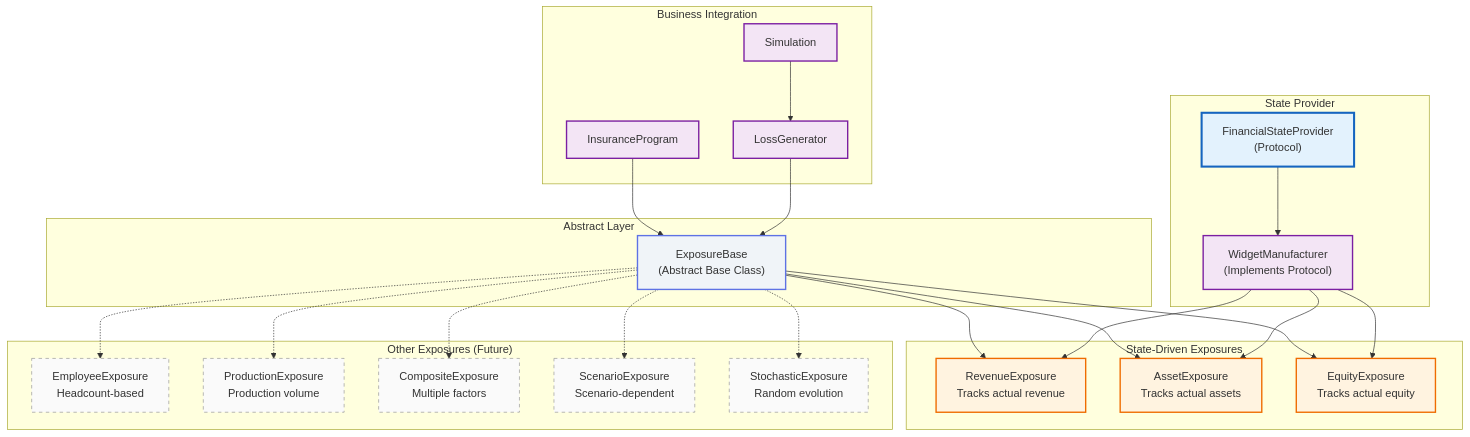
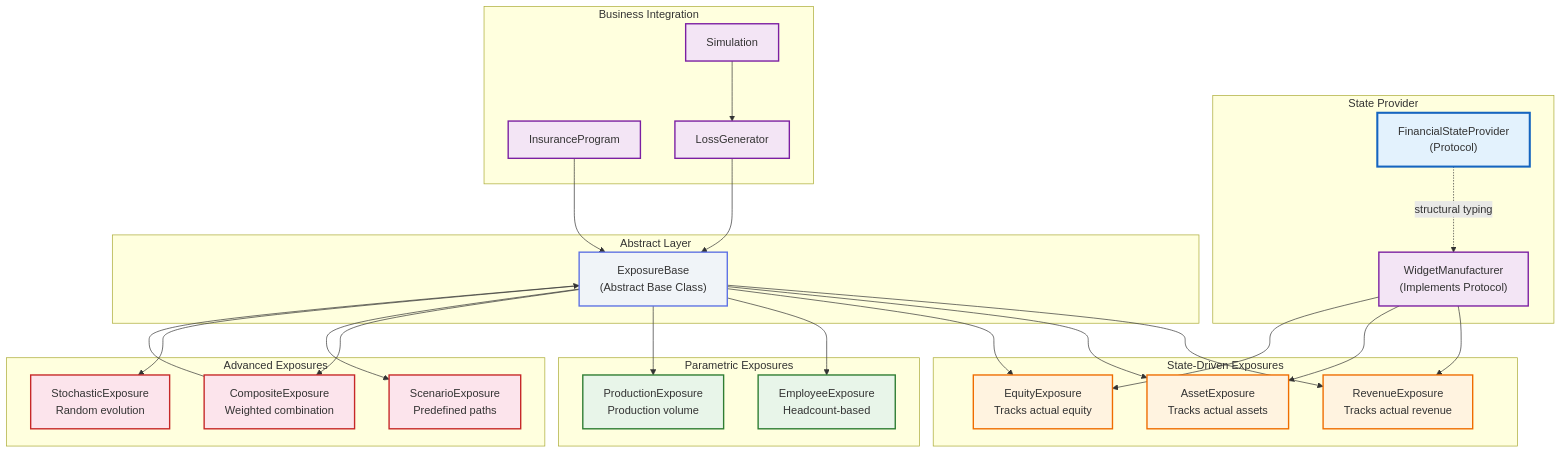
Before and after one commit to AlexFiliakov/Ergodic-Insurance-Limits: the first of 3 diagrams in ergodic_insurance/docs/architecture/exposure_system.md, drawn with Mermaid. The commit also changed other lines of this file and 14 other files, not shown here.

First line of the commit message:
docs: Update and expand Mermaid architecture diagrams (#185) (#341)

````diff
--- a/ergodic_insurance/docs/architecture/exposure_system.md
+++ b/ergodic_insurance/docs/architecture/exposure_system.md
@@ -7,68 +7,76 @@
 ```{mermaid}
 graph TB
     %% State Provider
     subgraph Provider["State Provider"]
         STATE_PROVIDER["FinancialStateProvider<br/>(Protocol)"]
         MANUFACTURER["WidgetManufacturer<br/>(Implements Protocol)"]
     end
 
     %% Abstract Base
     subgraph Abstract["Abstract Layer"]
         EXPOSURE_BASE["ExposureBase<br/>(Abstract Base Class)"]
     end
 
     %% State-Driven Implementations
-    subgraph StateDrivern["State-Driven Exposures"]
+    subgraph StateDriven["State-Driven Exposures"]
         REVENUE["RevenueExposure<br/>Tracks actual revenue"]
         ASSET["AssetExposure<br/>Tracks actual assets"]
         EQUITY["EquityExposure<br/>Tracks actual equity"]
     end
 
-    %% Other Implementations (Future Work)
-    subgraph Other["Other Exposures (Future)"]
+    %% Parametric Implementations
+    subgraph Parametric["Parametric Exposures"]
         EMPLOYEE["EmployeeExposure<br/>Headcount-based"]
         PRODUCTION["ProductionExposure<br/>Production volume"]
-        COMPOSITE["CompositeExposure<br/>Multiple factors"]
-        SCENARIO["ScenarioExposure<br/>Scenario-dependent"]
+    end
+
+    %% Composite and Advanced Implementations
+    subgraph Advanced["Advanced Exposures"]
+        COMPOSITE["CompositeExposure<br/>Weighted combination"]
+        SCENARIO["ScenarioExposure<br/>Predefined paths"]
         STOCHASTIC["StochasticExposure<br/>Random evolution"]
     end
 
     %% Business Integration
     subgraph Business["Business Integration"]
         SIMULATION["Simulation"]
         INSURANCE["InsuranceProgram"]
         LOSS_GEN["LossGenerator"]
     end
 
     %% Relationships
-    STATE_PROVIDER --> MANUFACTURER
+    STATE_PROVIDER -.->|structural typing| MANUFACTURER
     MANUFACTURER --> REVENUE
     MANUFACTURER --> ASSET
     MANUFACTURER --> EQUITY
 
     EXPOSURE_BASE --> REVENUE
     EXPOSURE_BASE --> ASSET
     EXPOSURE_BASE --> EQUITY
-    EXPOSURE_BASE -.-> EMPLOYEE
-    EXPOSURE_BASE -.-> PRODUCTION
-    EXPOSURE_BASE -.-> COMPOSITE
-    EXPOSURE_BASE -.-> SCENARIO
-    EXPOSURE_BASE -.-> STOCHASTIC
+    EXPOSURE_BASE --> EMPLOYEE
+    EXPOSURE_BASE --> PRODUCTION
+    EXPOSURE_BASE --> COMPOSITE
+    EXPOSURE_BASE --> SCENARIO
+    EXPOSURE_BASE --> STOCHASTIC
+
+    COMPOSITE --> EXPOSURE_BASE
 
     SIMULATION --> LOSS_GEN
     LOSS_GEN --> EXPOSURE_BASE
     INSURANCE --> EXPOSURE_BASE
 
     %% Styling
     classDef protocol fill:#e3f2fd,stroke:#1565c0,stroke-width:3px
     classDef abstract fill:#f0f4f8,stroke:#5e72e4,stroke-width:2px
-    classDef impl fill:#fff3e0,stroke:#ef6c00,stroke-width:2px
-    classDef future fill:#fafafa,stroke:#999,stroke-width:1px,stroke-dasharray: 5 5
+    classDef stateImpl fill:#fff3e0,stroke:#ef6c00,stroke-width:2px
+    classDef paramImpl fill:#e8f5e9,stroke:#2e7d32,stroke-width:2px
+    classDef advImpl fill:#fce4ec,stroke:#c62828,stroke-width:2px
     classDef business fill:#f3e5f5,stroke:#7b1fa2,stroke-width:2px
 
     class STATE_PROVIDER protocol
     class EXPOSURE_BASE abstract
-    class REVENUE,ASSET,EQUITY impl
-    class EMPLOYEE,PRODUCTION,COMPOSITE,SCENARIO,STOCHASTIC future
+    class REVENUE,ASSET,EQUITY stateImpl
+    class EMPLOYEE,PRODUCTION paramImpl
+    class COMPOSITE,SCENARIO,STOCHASTIC advImpl
     class MANUFACTURER,SIMULATION,INSURANCE,LOSS_GEN business
 ```
````
